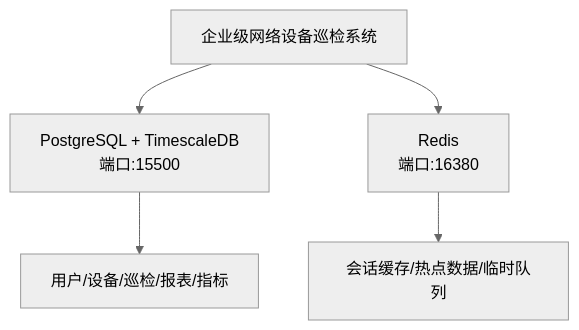
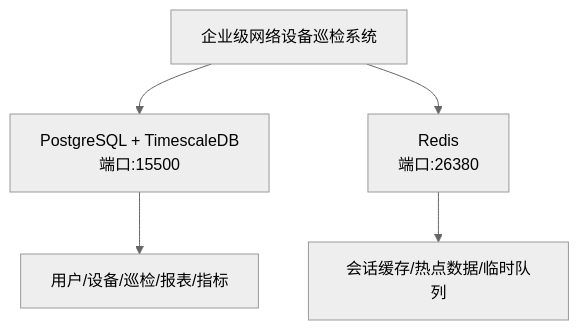
Before and after one commit to Izumi0527/inspect: the diagram in docs/datebase/database-docker-deployment.md, drawn with Mermaid (neutral theme). The commit also changed other lines of this file and 56 other files, not shown here.

````diff
--- a/docs/datebase/database-docker-deployment.md
+++ b/docs/datebase/database-docker-deployment.md
@@ -11,8 +11,8 @@
 ```mermaid
 graph TB
     A[企业级网络设备巡检系统] --> B[PostgreSQL + TimescaleDB<br/>端口:15500]
-    A --> C[Redis<br/>端口:16380]
+    A --> C[Redis<br/>端口:26380]
 
     B --> D[用户/设备/巡检/报表/指标]
     C --> E[会话缓存/热点数据/临时队列]
 ```
````
